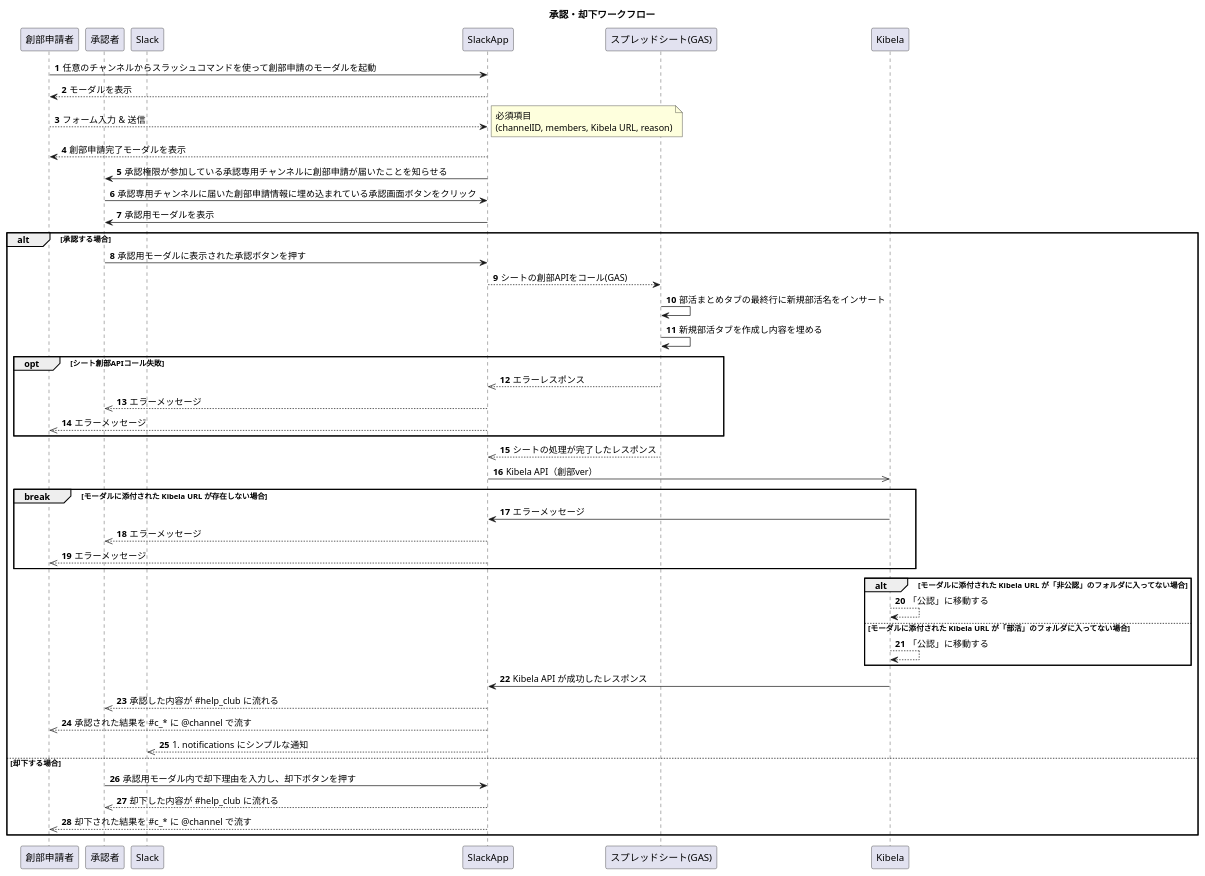
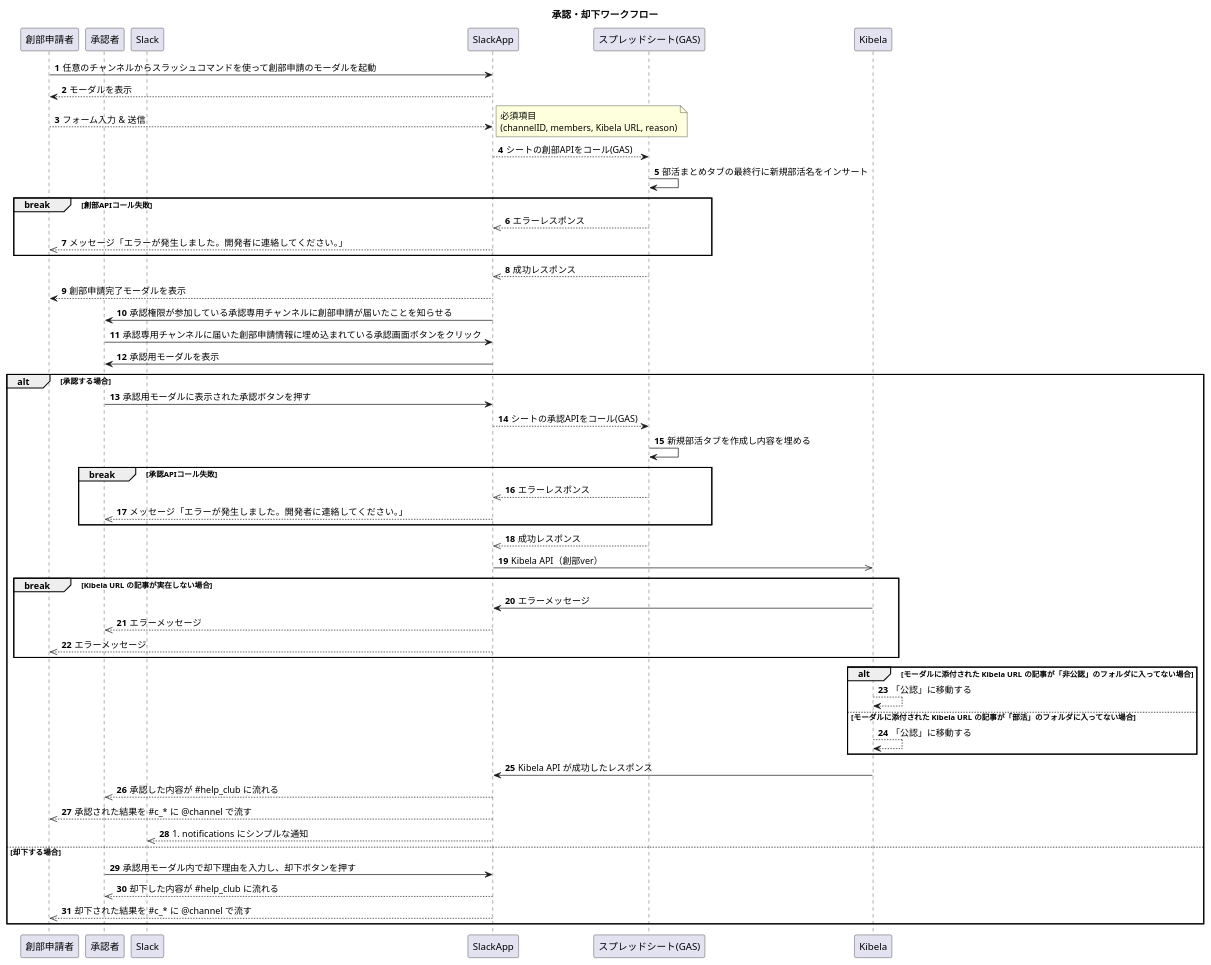
Before and after one commit to tam-bourine/club-entry-manager: the diagram in docs/sequence-diagram/CreateClub.pu, drawn with PlantUML.

Commit message:
docs: update sequence

```diff
--- a/docs/sequence-diagram/CreateClub.pu
+++ b/docs/sequence-diagram/CreateClub.pu
@@ -1,60 +1,68 @@
 @startuml
 
 title 承認・却下ワークフロー
 
 autonumber
 participant 創部申請者 as captain
 participant 承認者 as auth
 participant Slack as slack
 participant SlackApp as slackapp
 participant "スプレッドシート(GAS)" as sheet
 participant Kibela as kibela
 
 captain -> slackapp: 任意のチャンネルからスラッシュコマンドを使って創部申請のモーダルを起動
 slackapp --> captain: モーダルを表示
 captain --> slackapp: フォーム入力 & 送信
 note right: 必須項目\n(channelID, members, Kibela URL, reason)
+slackapp --> sheet: シートの創部APIをコール(GAS)
+sheet -> sheet: 部活まとめタブの最終行に新規部活名をインサート
+
+break 創部APIコール失敗
+    sheet -->> slackapp: エラーレスポンス
+    slackapp -->> captain: メッセージ「エラーが発生しました。開発者に連絡してください。」
+end
+
+sheet -->> slackapp: 成功レスポンス
+
 slackapp --> captain: 創部申請完了モーダルを表示
 slackapp -> auth: 承認権限が参加している承認専用チャンネルに創部申請が届いたことを知らせる
 auth -> slackapp: 承認専用チャンネルに届いた創部申請情報に埋め込まれている承認画面ボタンをクリック
 slackapp -> auth: 承認用モーダルを表示
 
 alt 承認する場合
     auth -> slackapp: 承認用モーダルに表示された承認ボタンを押す
-    slackapp --> sheet: シートの創部APIをコール(GAS)
-    sheet -> sheet: 部活まとめタブの最終行に新規部活名をインサート
+    slackapp --> sheet: シートの承認APIをコール(GAS)
     sheet -> sheet: 新規部活タブを作成し内容を埋める
 
-    opt シート創部APIコール失敗
+    break 承認APIコール失敗
         sheet -->> slackapp: エラーレスポンス
-        slackapp -->> auth: エラーメッセージ
-        slackapp -->> captain: エラーメッセージ
+        slackapp -->> auth: メッセージ「エラーが発生しました。開発者に連絡してください。」
     end
 
-    sheet -->> slackapp: シートの処理が完了したレスポンス
+    sheet -->> slackapp: 成功レスポンス
     slackapp ->> kibela: Kibela API（創部ver）
 
-    break モーダルに添付された Kibela URL が存在しない場合
+    break Kibela URL の記事が実在しない場合
         kibela -> slackapp: エラーメッセージ
         slackapp -->> auth: エラーメッセージ
         slackapp -->> captain: エラーメッセージ
     end
 
-    alt モーダルに添付された Kibela URL が「非公認」のフォルダに入ってない場合
+    alt モーダルに添付された Kibela URL の記事が「非公認」のフォルダに入ってない場合
         kibela --> kibela: 「公認」に移動する
-    else モーダルに添付された Kibela URL が「部活」のフォルダに入ってない場合
+    else モーダルに添付された Kibela URL の記事が「部活」のフォルダに入ってない場合
         kibela --> kibela: 「公認」に移動する
     end
 
     kibela -> slackapp: Kibela API が成功したレスポンス
     slackapp -->> auth: 承認した内容が #help_club に流れる
     slackapp -->> captain: 承認された結果を #c_* に @channel で流す
     slackapp -->> slack: #notifications にシンプルな通知
 
 else 却下する場合
     auth -> slackapp: 承認用モーダル内で却下理由を入力し、却下ボタンを押す
     slackapp -->> auth: 却下した内容が #help_club に流れる
     slackapp -->> captain: 却下された結果を #c_* に @channel で流す
 end
 
 @enduml
```
